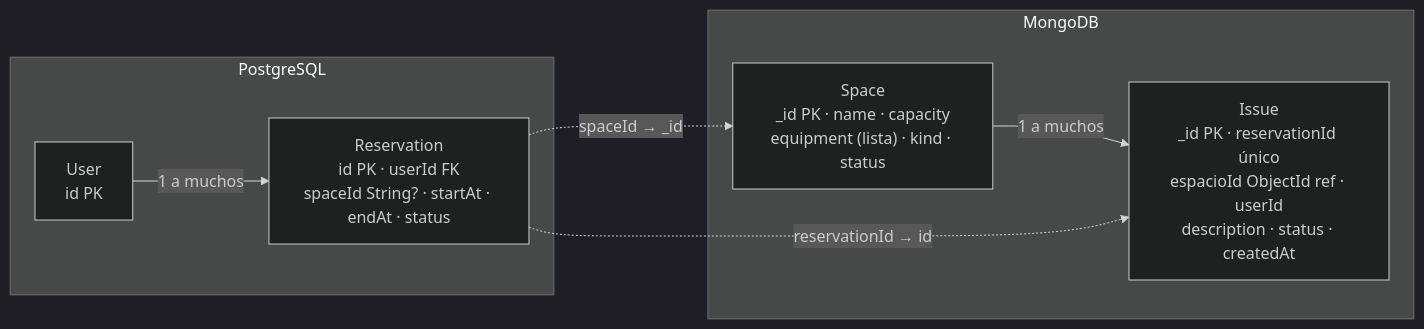
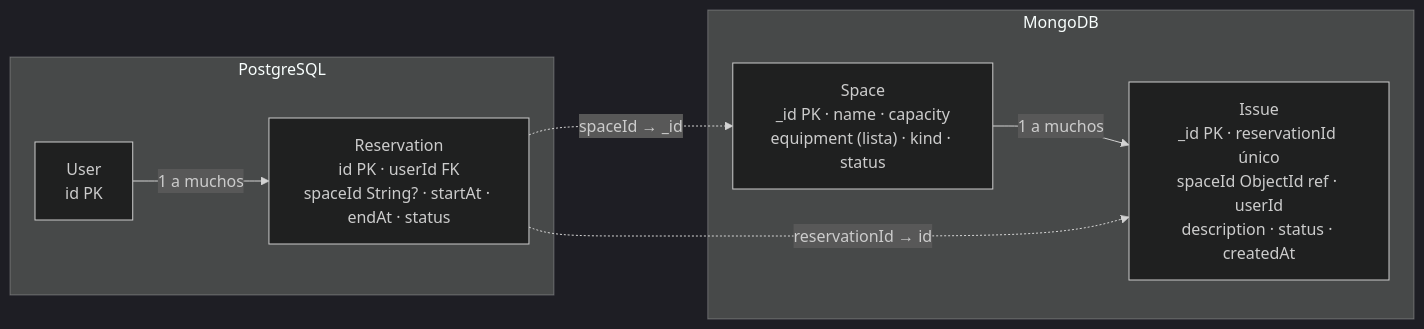
One commit to Alexander2432/TareaU2_MazaJardel changed the second of 2 diagrams in docs/Tarea_modelo_hibrido.md. Above: the diagram before and after it, drawn with Mermaid (dark theme). The commit also changed other lines of this file and 8 other files, not shown here.

````diff
--- a/docs/Tarea_modelo_hibrido.md
+++ b/docs/Tarea_modelo_hibrido.md
@@ -108,15 +107,15 @@
 ```mermaid
 flowchart LR
   subgraph PG[PostgreSQL]
     U["User<br/>id PK"]
     R["Reservation<br/>id PK · userId FK<br/>spaceId String? · startAt · endAt · status"]
     U -- "1 a muchos" --> R
   end
   subgraph MG[MongoDB]
     S["Space<br/>_id PK · name · capacity<br/>equipment (lista) · kind · status"]
-    I["Issue<br/>_id PK · reservationId único<br/>espacioId ObjectId ref · userId<br/>description · status · createdAt"]
+    I["Issue<br/>_id PK · reservationId único<br/>spaceId ObjectId ref · userId<br/>description · status · createdAt"]
     S -- "1 a muchos" --> I
   end
   R -. "spaceId → _id" .-> S
   R -. "reservationId → id" .-> I
 ```
````
